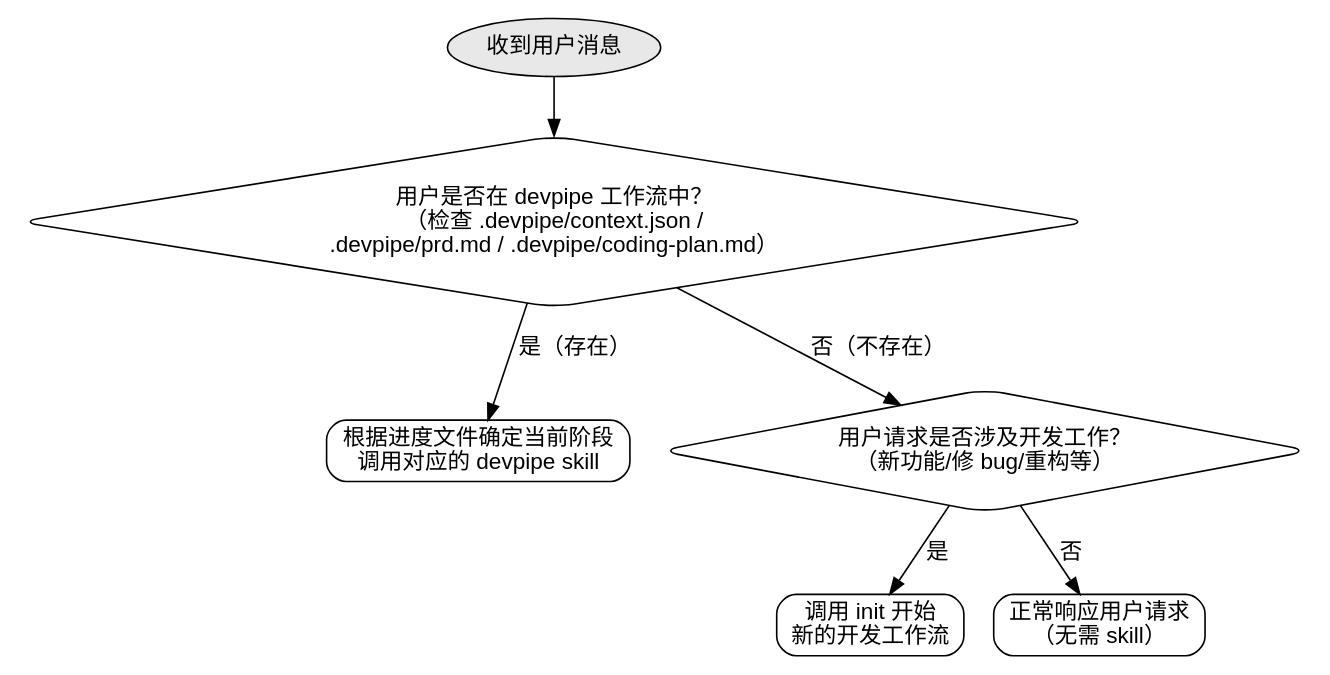
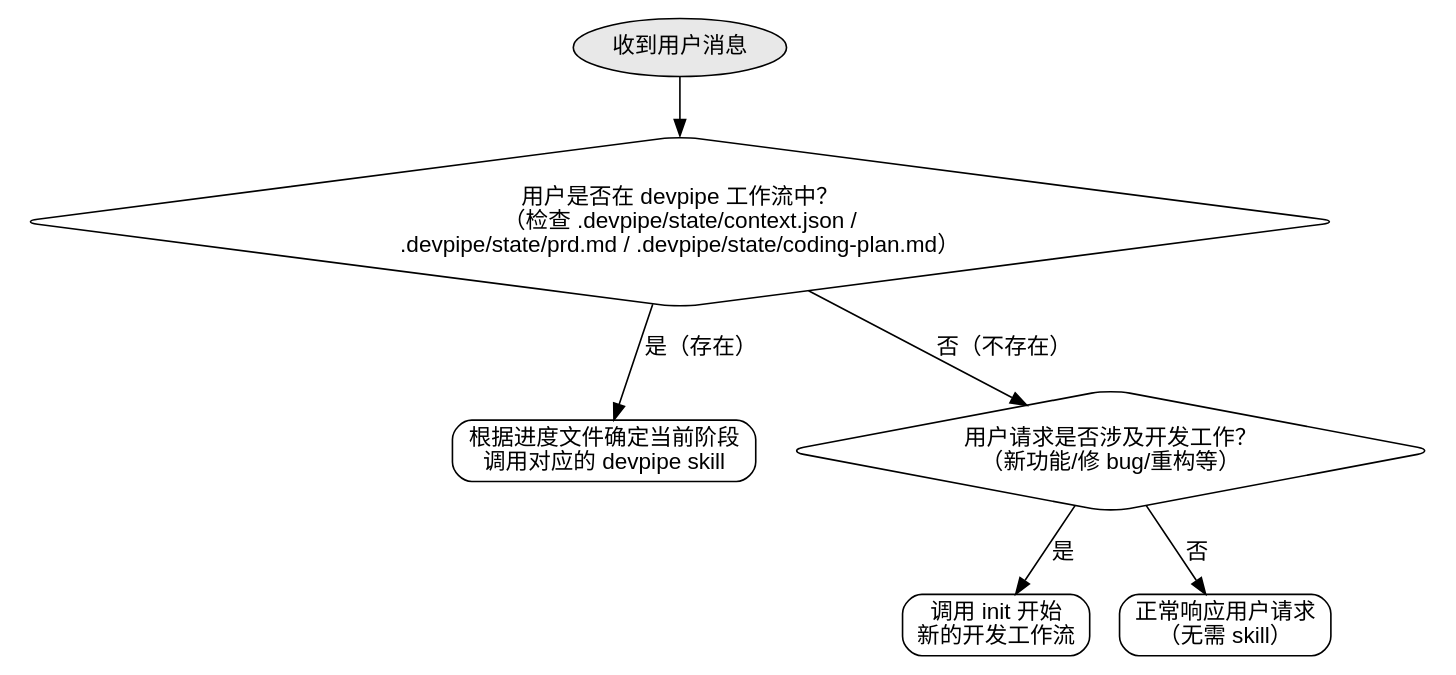
One commit to hexueyuan/devpipe changed the second of 2 diagrams in skills/using-devpipe/SKILL.md. Above: the diagram before and after it, drawn with Graphviz. The commit also changed other lines of this file and 20 other files, not shown here.

````diff
--- a/skills/using-devpipe/SKILL.md
+++ b/skills/using-devpipe/SKILL.md
@@ -86,24 +86,24 @@
 ```dot
 digraph devpipe_decision {
     node [shape=box, style=rounded, fontname="Helvetica"];
     edge [fontname="Helvetica"];
 
     start [label="收到用户消息", shape=ellipse, style="filled", fillcolor="#E8E8E8"];
 
-    check_workflow [label="用户是否在 devpipe 工作流中？\n（检查 .devpipe/context.json /\n.devpipe/prd.md / .devpipe/coding-plan.md）", shape=diamond];
+    check_workflow [label="用户是否在 devpipe 工作流中？\n（检查 .devpipe/state/context.json /\n.devpipe/state/prd.md / .devpipe/state/coding-plan.md）", shape=diamond];
 
     determine_stage [label="根据进度文件确定当前阶段\n调用对应的 devpipe skill"];
 
     check_dev_request [label="用户请求是否涉及开发工作？\n（新功能/修 bug/重构等）", shape=diamond];
 
     call_init [label="调用 init 开始\n新的开发工作流"];
 
     normal_response [label="正常响应用户请求\n（无需 skill）"];
 
     start -> check_workflow;
     check_workflow -> determine_stage [label="是（存在）"];
     check_workflow -> check_dev_request [label="否（不存在）"];
     check_dev_request -> call_init [label="是"];
     check_dev_request -> normal_response [label="否"];
 }
 ```
````
